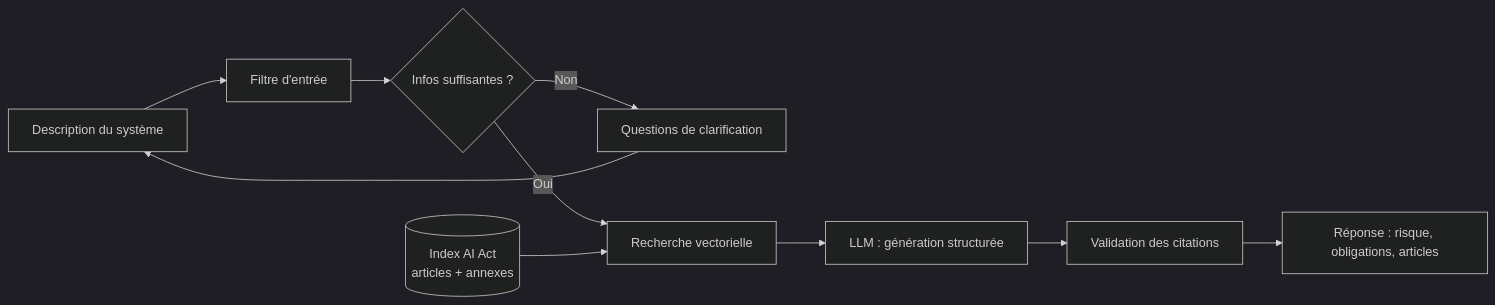
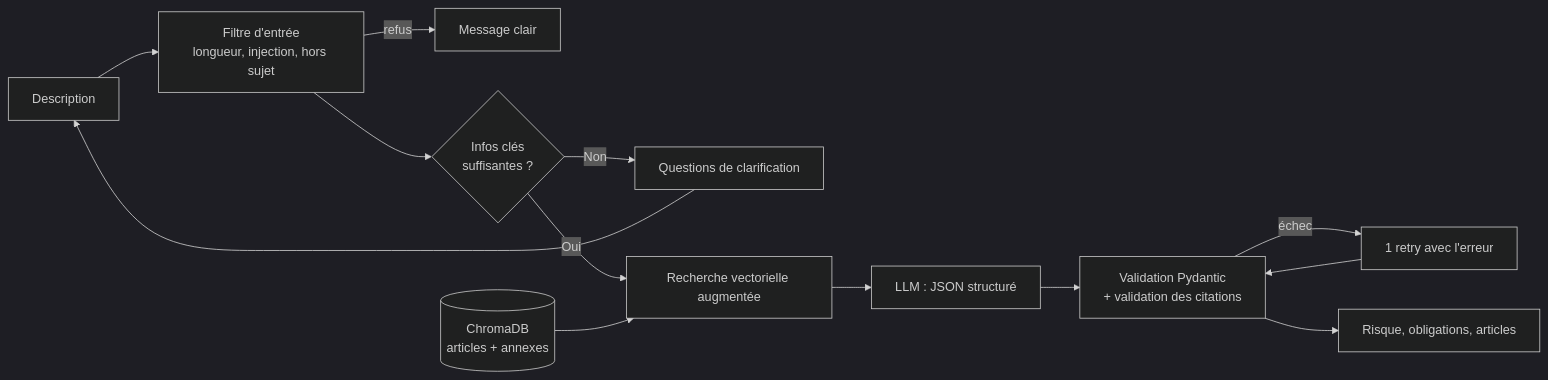
One commit to AmineBnh21/RAG-AI-Act changed the diagram in README.md. Above: the diagram before and after it, drawn with Mermaid (dark theme). The commit also changed other lines of this file and 3 other files, not shown here.

First line of the commit message:
README : architecture, installation, résultats d'évaluation et limites

````diff
--- a/README.md
+++ b/README.md
@@ -29,12 +31,15 @@
 ```mermaid
 flowchart LR
-    A[Description du système] --> B[Filtre d'entrée]
-    B --> C{Infos suffisantes ?}
+    A[Description] --> B[Filtre d'entrée<br/>longueur, injection, hors sujet]
+    B -- refus --> R[Message clair]
+    B --> C{Infos clés<br/>suffisantes ?}
     C -- Non --> D[Questions de clarification]
     D --> A
-    C -- Oui --> E[Recherche vectorielle]
-    F[(Index AI Act<br/>articles + annexes)] --> E
-    E --> G[LLM : génération structurée]
-    G --> H[Validation des citations]
-    H --> I[Réponse : risque, obligations, articles]
+    C -- Oui --> E[Recherche vectorielle augmentée]
+    F[(ChromaDB<br/>articles + annexes)] --> E
+    E --> G[LLM : JSON structuré]
+    G --> H[Validation Pydantic<br/>+ validation des citations]
+    H -- échec --> G2[1 retry avec l'erreur]
+    G2 --> H
+    H --> I[Risque, obligations, articles]
 ```
````
